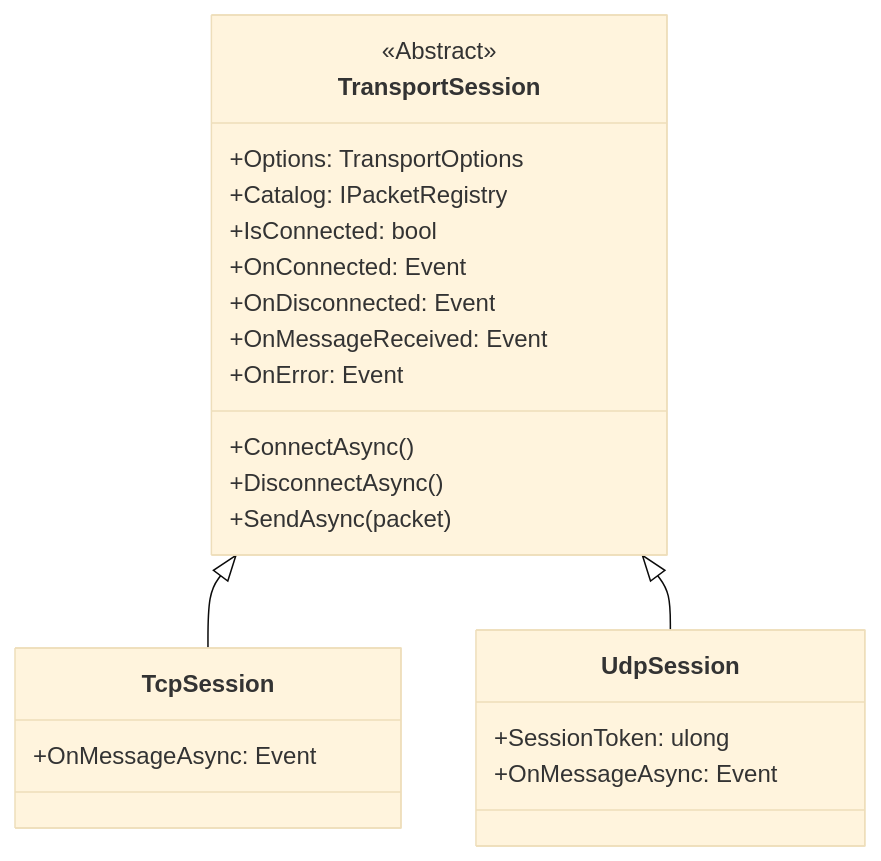
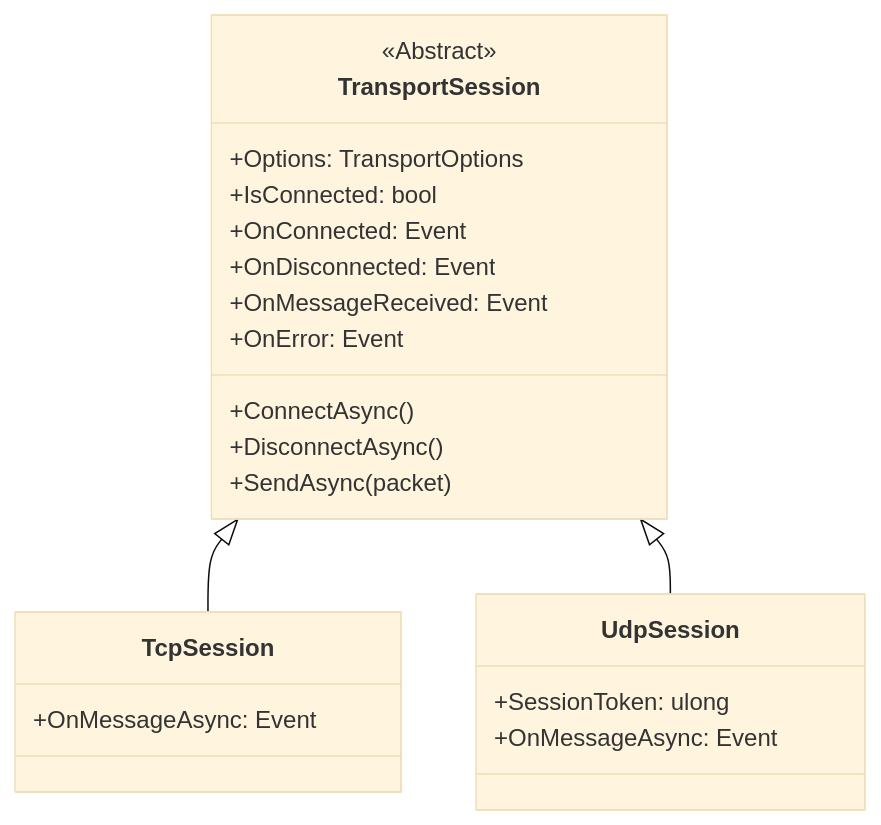
The diagram in docs/api/sdk/transport-session.md (ppn-systems/Nalix), drawn with Mermaid (base theme) before and after one commit. The commit also changed other lines of this file and 57 other files, not shown here.

````diff
--- a/docs/api/sdk/transport-session.md
+++ b/docs/api/sdk/transport-session.md
@@ -7,25 +7,24 @@
 ```mermaid
 classDiagram
     class TransportSession {
         <<Abstract>>
         +Options: TransportOptions
-        +Catalog: IPacketRegistry
         +IsConnected: bool
         +OnConnected: Event
         +OnDisconnected: Event
         +OnMessageReceived: Event
         +OnError: Event
         +ConnectAsync()
         +DisconnectAsync()
         +SendAsync(packet)
     }
     class TcpSession {
         +OnMessageAsync: Event
     }
     class UdpSession {
         +SessionToken: ulong
         +OnMessageAsync: Event
     }
     TransportSession <|-- TcpSession
     TransportSession <|-- UdpSession
 ```
````
